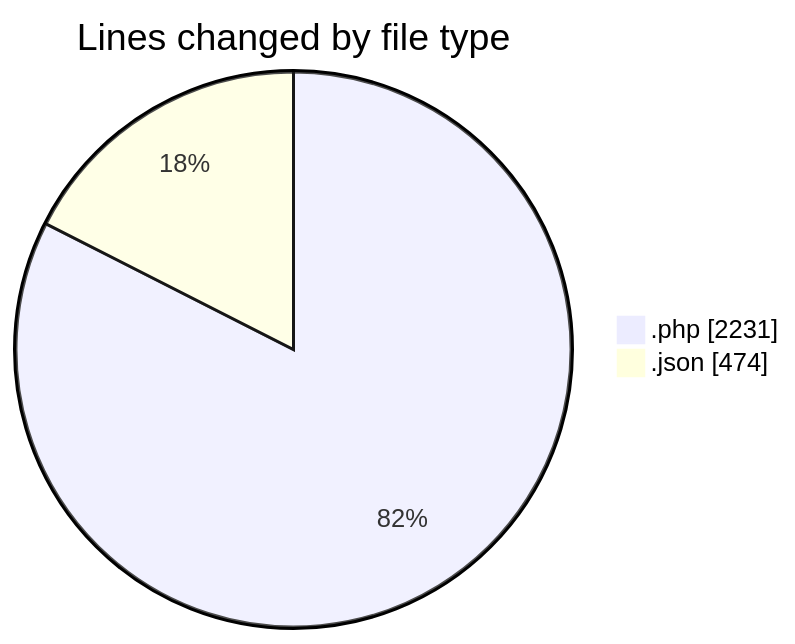
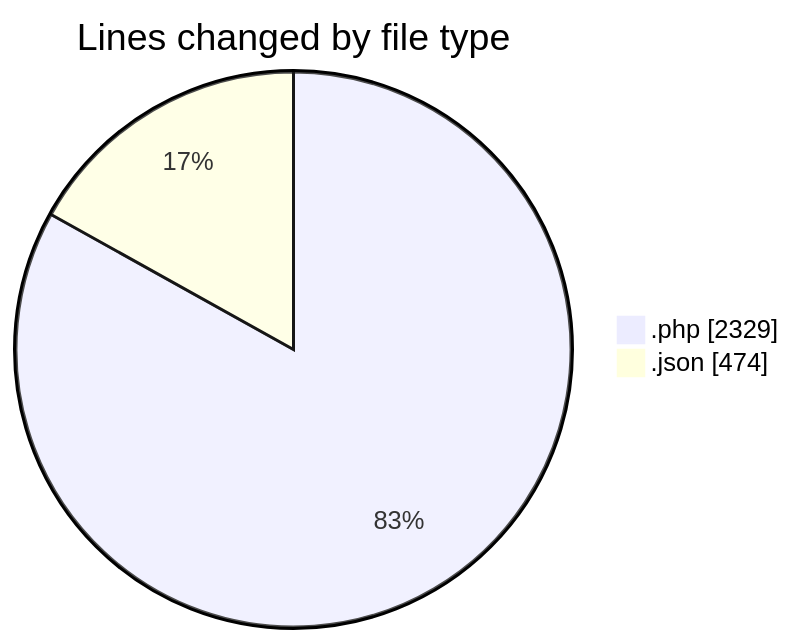
The first of 2 diagrams in 2025-06-22/studio-backend/README.md (idhammustaqopulfikri/code-tracking), drawn with Mermaid before and after one commit. The commit also changed other lines of this file and 1 other file, not shown here.

````diff
--- a/2025-06-22/studio-backend/README.md
+++ b/2025-06-22/studio-backend/README.md
@@ -30,6 +30,6 @@
 ```mermaid
 pie showData
 title Lines changed by file type
-".php" : 2231
+".php" : 2329
 ".json" : 474
 ```
````
